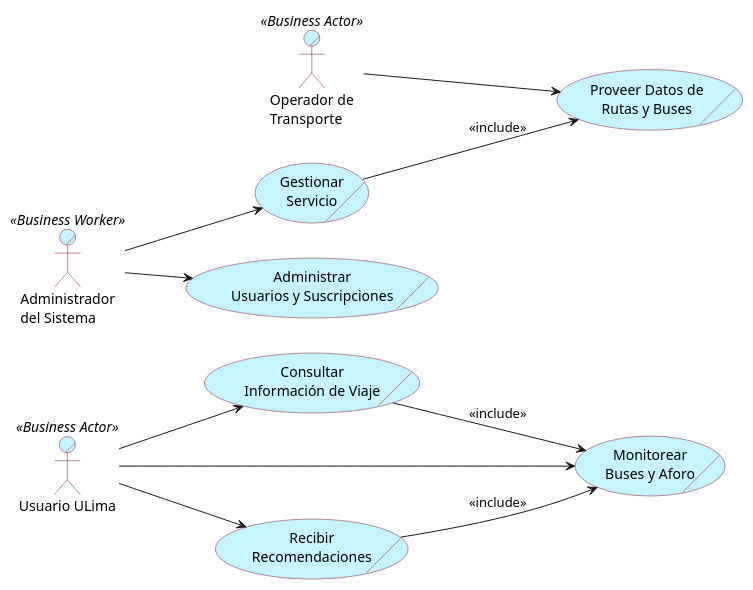
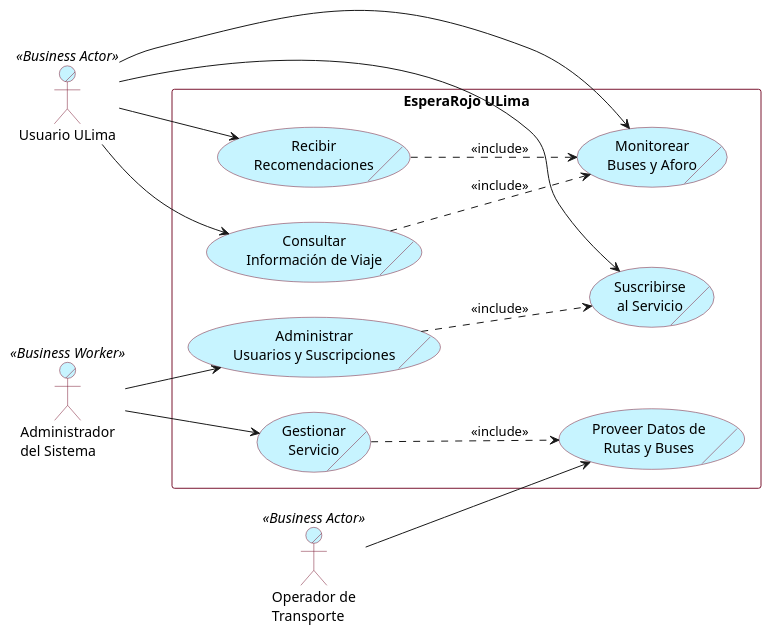
One commit to AndreCabrejos/diagramas-uml changed the diagram in casos de uso negocio.puml. Above: the diagram before and after it, drawn with PlantUML. The commit also changed 4 other files, not shown here.

```diff
--- a/casos de uso negocio.puml
+++ b/casos de uso negocio.puml
@@ -1,42 +1,51 @@
 @startuml "Business Case: EsperaRojo ULima"
 left to right direction
 
 actor/ "Usuario ULima" <<Business Actor>> as User
 actor/ "Operador de\nTransporte" <<Business Actor>> as Transport
 actor/ "Administrador\ndel Sistema" <<Business Worker>> as Admin
 
-usecase/ "Consultar\nInformación de Viaje" as BUC1
-usecase/ "Monitorear\nBuses y Aforo" as BUC2
-usecase/ "Recibir\nRecomendaciones" as BUC3
-usecase/ "Gestionar\nServicio" as BUC4
-usecase/ "Administrar\nUsuarios y Suscripciones" as BUC5
-usecase/ "Proveer Datos de\nRutas y Buses" as BUC6
+rectangle "EsperaRojo ULima" {
+  usecase/ "Consultar\nInformación de Viaje" as BUC1
+  usecase/ "Monitorear\nBuses y Aforo" as BUC2
+  usecase/ "Recibir\nRecomendaciones" as BUC3
+  usecase/ "Gestionar\nServicio" as BUC4
+  usecase/ "Administrar\nUsuarios y Suscripciones" as BUC5
+  usecase/ "Proveer Datos de\nRutas y Buses" as BUC6
+  usecase/ "Suscribirse\nal Servicio" as BUC7
+}
 
 User --> BUC1
 User --> BUC2
 User --> BUC3
+User --> BUC7
 
 Admin --> BUC4
 Admin --> BUC5
 
 Transport --> BUC6
 
-BUC1 --> BUC2 : <<include>>
-BUC3 --> BUC2 : <<include>>
-BUC4 --> BUC6 : <<include>>
+BUC1 ..> BUC2 : <<include>>
+BUC3 ..> BUC2 : <<include>>
+BUC4 ..> BUC6 : <<include>>
+BUC5 ..> BUC7 : <<include>>
 
 skinparam usecase {
   BackgroundColor #C7F4FF
   BorderColor #7A1631
 }
 
 skinparam actor {
   BackgroundColor #C7F4FF
   BorderColor #7A1631
 }
 
+skinparam rectangle {
+  BorderColor #7A1631
+}
+
 skinparam Arrow {
   Color #7A1631
 }
 
 @enduml
```
